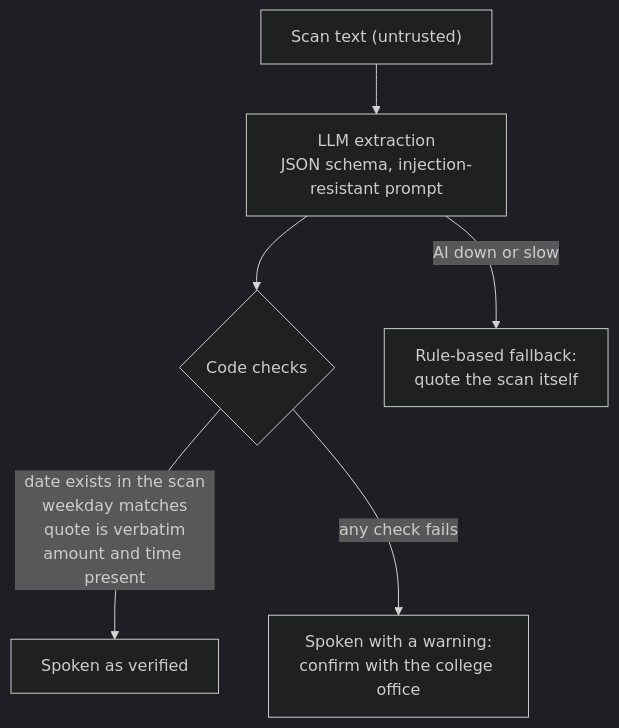
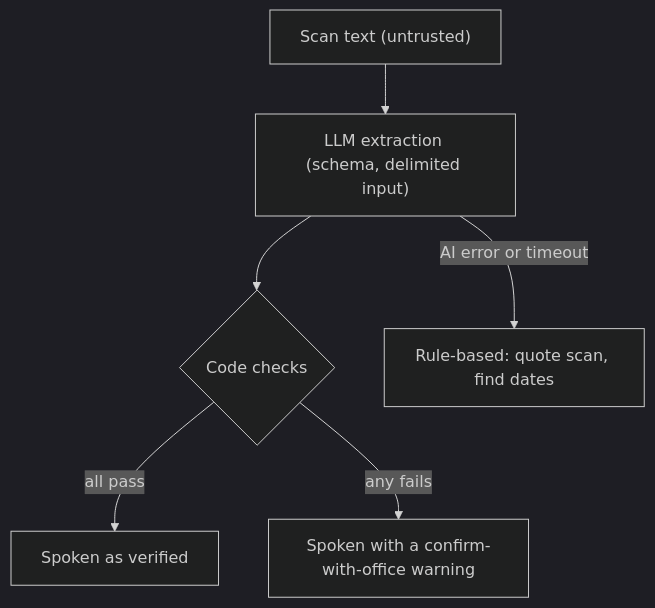
Before and after one commit to siddhi-works/temp: the third of 4 diagrams in README.md, drawn with Mermaid (dark theme). The commit also changed other lines of this file and 34 other files, not shown here.

````diff
--- a/README.md
+++ b/README.md
@@ -98,8 +84,8 @@
 ```mermaid
 flowchart TD
-  U["Scan text (untrusted)"] --> L["LLM extraction<br/>JSON schema, injection-resistant prompt"]
+  U["Scan text (untrusted)"] --> L["LLM extraction (schema, delimited input)"]
   L --> C{"Code checks"}
-  C -->|"date exists in the scan<br/>weekday matches<br/>quote is verbatim<br/>amount and time present"| OK["Spoken as verified"]
-  C -->|"any check fails"| W["Spoken with a warning:<br/>confirm with the college office"]
-  L -->|"AI down or slow"| R["Rule-based fallback:<br/>quote the scan itself"]
+  C -->|"all pass"| OK["Spoken as verified"]
+  C -->|"any fails"| W["Spoken with a confirm-with-office warning"]
+  L -->|"AI error or timeout"| R["Rule-based: quote scan, find dates"]
 ```
````
